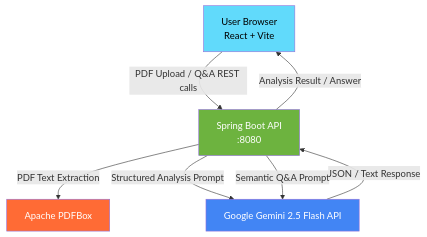
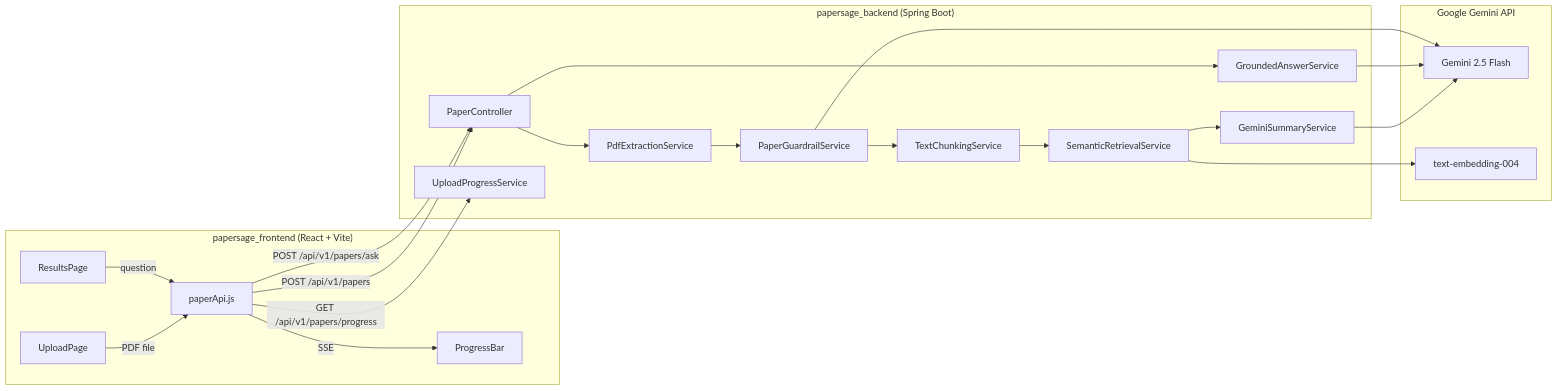
Before and after one commit to aRod209/papersage: the diagram in README.md, drawn with Mermaid. The commit also changed other lines of this file, not shown here.

````diff
--- a/README.md
+++ b/README.md
@@ -43,14 +38,35 @@
 ```mermaid
-graph TD
-    A[User Browser<br/>React + Vite] -->|PDF Upload / Q&A REST calls| B[Spring Boot API<br/>:8080]
-    B -->|PDF Text Extraction| C[Apache PDFBox]
-    B -->|Structured Analysis Prompt| D[Google Gemini 2.5 Flash API]
-    B -->|Semantic Q&A Prompt| D
-    D -->|JSON / Text Response| B
-    B -->|Analysis Result / Answer| A
+graph LR
+    subgraph Frontend ["papersage_frontend (React + Vite)"]
+        A[UploadPage] -->|PDF file| B[paperApi.js]
+        C[ResultsPage] -->|question| B
+        B -->|SSE| D[ProgressBar]
+    end
 
-    style A fill:#61DAFB,color:#000
-    style B fill:#6DB33F,color:#fff
-    style C fill:#ff6b35,color:#fff
-    style D fill:#4285F4,color:#fff
+    subgraph Backend ["papersage_backend (Spring Boot)"]
+        E[PaperController]
+        F[PdfExtractionService]
+        G[PaperGuardrailService]
+        H[TextChunkingService]
+        I[SemanticRetrievalService]
+        J[GeminiSummaryService]
+        K[GroundedAnswerService]
+        L[UploadProgressService]
+    end
+
+    subgraph External ["Google Gemini API"]
+        M[Gemini 2.5 Flash]
+        N[text-embedding-004]
+    end
+
+    B -->|POST /api/v1/papers| E
+    B -->|POST /api/v1/papers/ask| E
+    B -->|GET /api/v1/papers/progress| L
+
+    E --> F --> G --> H --> I --> J
+    E --> K
+    I --> N
+    J --> M
+    K --> M
+    G --> M
 ```
````
